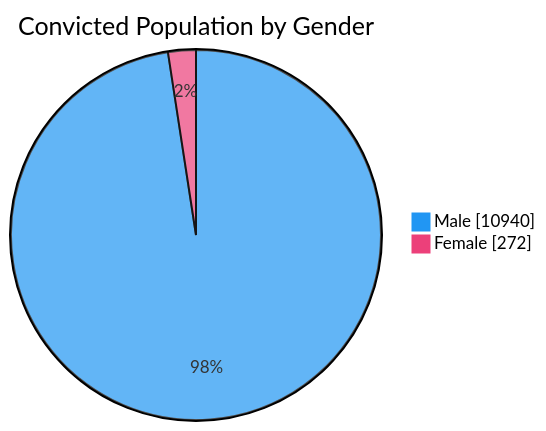
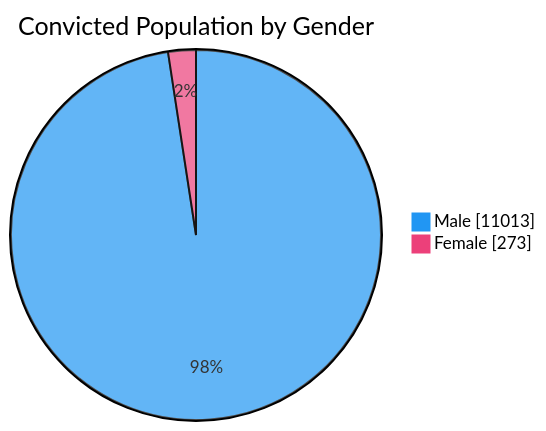
Before and after one commit to nuuuwan/lk_prisons: the third of 7 diagrams in README.md, drawn with Mermaid. The commit also changed other lines of this file and 1 other file, not shown here.

````diff
--- a/README.md
+++ b/README.md
@@ -65,6 +65,6 @@
 ```mermaid
 %%{init: {'themeVariables': {'pie1': '#2196F3', 'pie2': '#EC407A'}}}%%
 pie showData title Convicted Population by Gender
-    "Male" : 10940
-    "Female" : 272
+    "Male" : 11013
+    "Female" : 273
 ```
````
